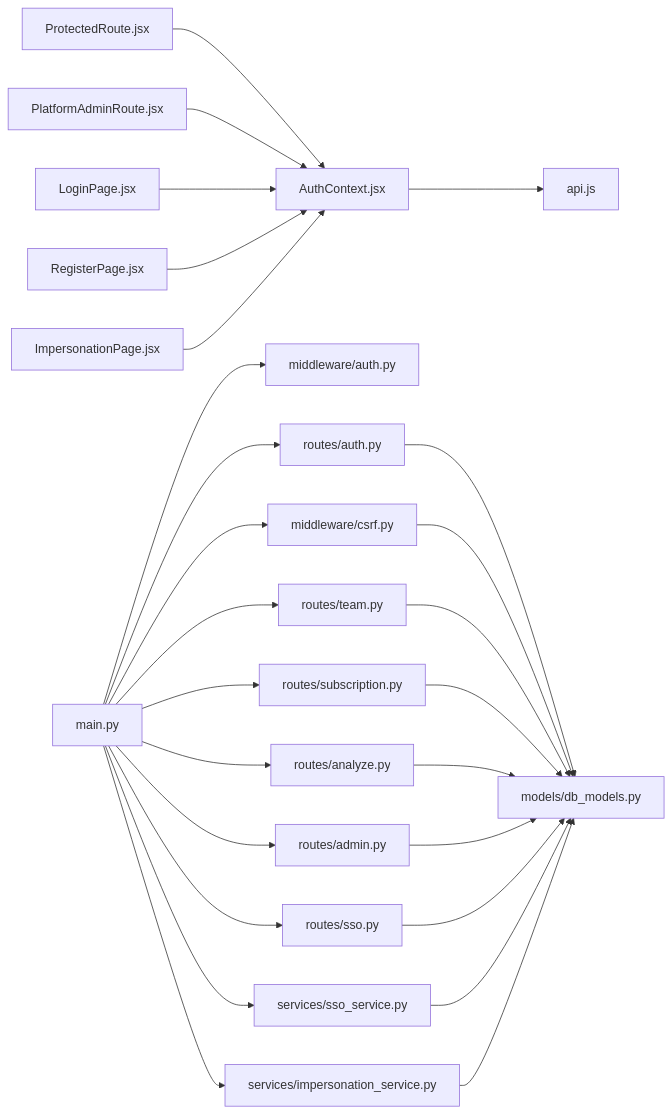
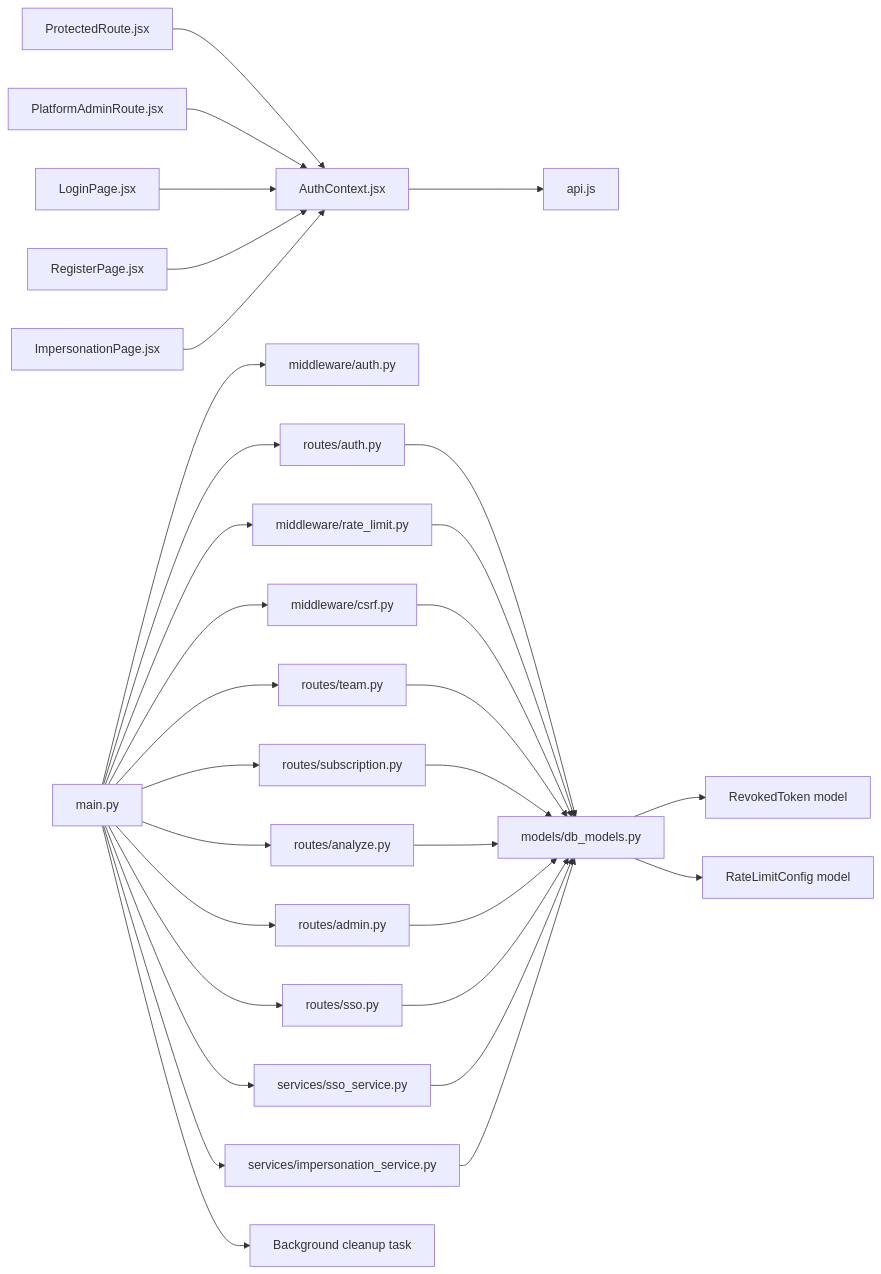
Diagram 19 of 19 in .qoder/repowiki/en/content/Authentication & Authorization/Authentication & Authorization.md (Revanththetalogics/aireume), drawn with Mermaid before and after one commit. The commit also changed other lines of this file and 13 other files, not shown here.

````diff
--- a/.qoder/repowiki/en/content/Authentication & Authorization/Authentication & Authorization.md
+++ b/.qoder/repowiki/en/content/Authentication & Authorization/Authentication & Authorization.md
@@ -765,28 +914,33 @@
 ```mermaid
 graph LR
 FE_Auth["AuthContext.jsx"] --> FE_API["api.js"]
 FE_Protected["ProtectedRoute.jsx"] --> FE_Auth
 FE_PlatformAdmin["PlatformAdminRoute.jsx"] --> FE_Auth
 FE_Login["LoginPage.jsx"] --> FE_Auth
 FE_Register["RegisterPage.jsx"] --> FE_Auth
 FE_Impersonation["ImpersonationPage.jsx"] --> FE_Auth
 BE_Main["main.py"] --> BE_MW["middleware/auth.py"]
 BE_Main --> BE_AuthRoutes["routes/auth.py"]
 BE_Main --> BE_CSRF["middleware/csrf.py"]
+BE_Main --> BE_RateLimit["middleware/rate_limit.py"]
 BE_Main --> BE_Team["routes/team.py"]
 BE_Main --> BE_Sub["routes/subscription.py"]
 BE_Main --> BE_Analyze["routes/analyze.py"]
 BE_Main --> BE_Admin["routes/admin.py"]
 BE_Main --> BE_SSORoutes["routes/sso.py"]
 BE_Main --> BE_SSOService["services/sso_service.py"]
 BE_Main --> BE_ImpersonationService["services/impersonation_service.py"]
 BE_AuthRoutes --> BE_DB["models/db_models.py"]
+BE_RateLimit --> BE_DB
 BE_CSRF --> BE_DB
 BE_Team --> BE_DB
 BE_Sub --> BE_DB
 BE_Analyze --> BE_DB
 BE_Admin --> BE_DB
 BE_SSORoutes --> BE_DB
 BE_SSOService --> BE_DB
 BE_ImpersonationService --> BE_DB
+BE_DB --> BE_RevokedToken["RevokedToken model"]
+BE_DB --> BE_RateLimitConfig["RateLimitConfig model"]
+BE_Main --> BE_BackgroundTask["Background cleanup task"]
 ```
````
